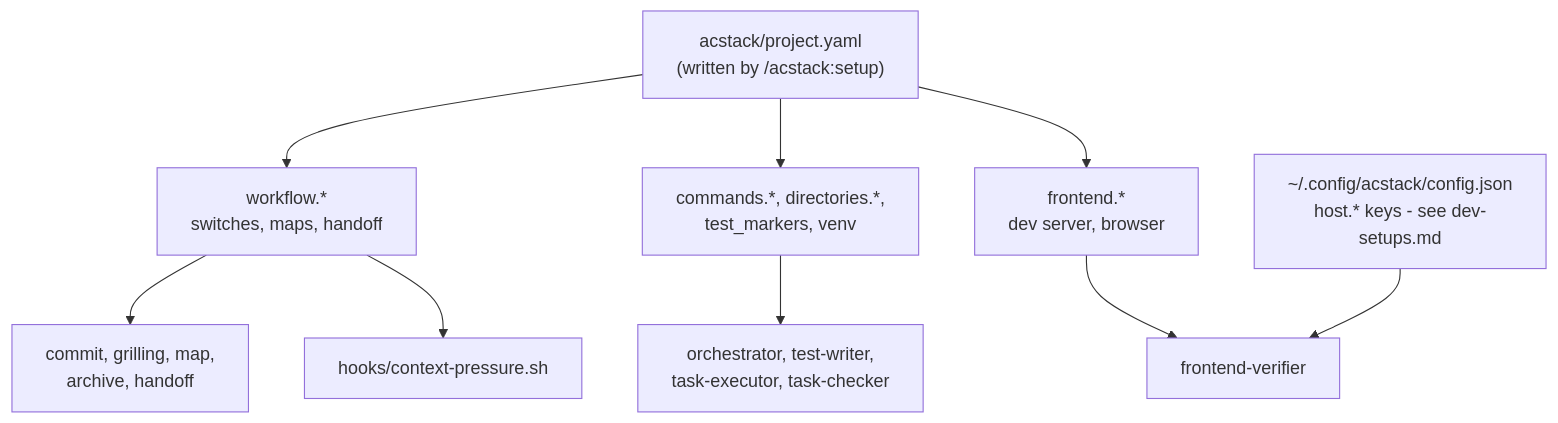
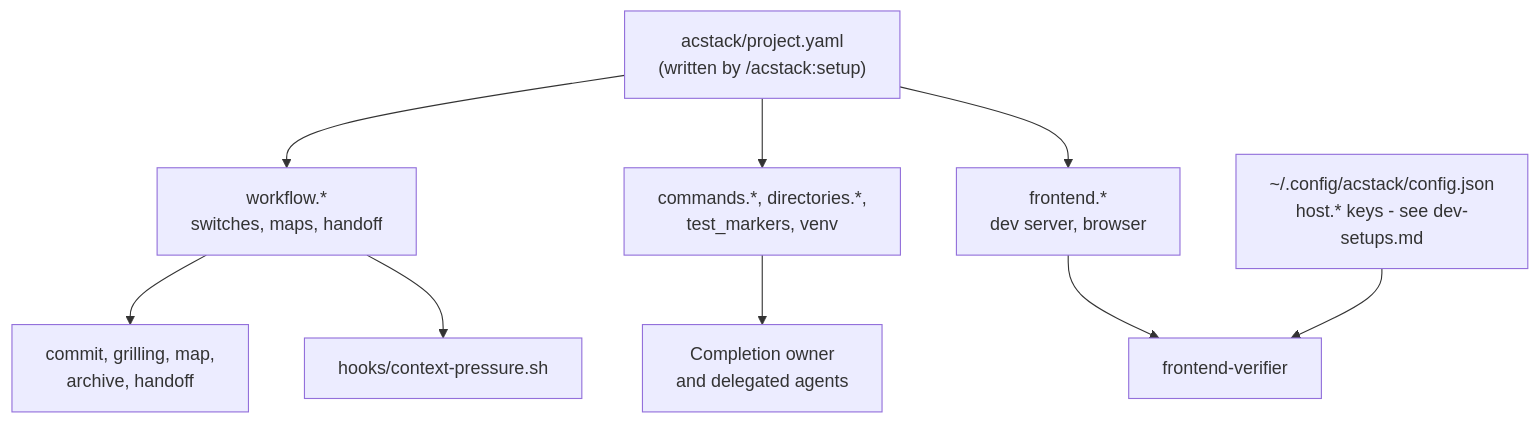
One commit to ac8318740/acstack changed the diagram in docs/config-reference.md. Above: the diagram before and after it, drawn with Mermaid. The commit also changed other lines of this file and 48 other files, not shown here.

````diff
--- a/docs/config-reference.md
+++ b/docs/config-reference.md
@@ -19,11 +19,11 @@
 ```mermaid
 flowchart TD
     FILE["acstack/project.yaml<br/>(written by /acstack:setup)"] --> WF["workflow.*<br/>switches, maps, handoff"]
     FILE --> RUN["commands.*, directories.*,<br/>test_markers, venv"]
     FILE --> FE["frontend.*<br/>dev server, browser"]
     WF --> SKILLS["commit, grilling, map,<br/>archive, handoff"]
     WF --> HOOK["hooks/context-pressure.sh"]
-    RUN --> AGENTS["orchestrator, test-writer,<br/>task-executor, task-checker"]
+    RUN --> AGENTS["Completion owner<br/>and delegated agents"]
     FE --> FV["frontend-verifier"]
     HOST["~/.config/acstack/config.json<br/>host.* keys - see dev-setups.md"] --> FV
 ```
````
